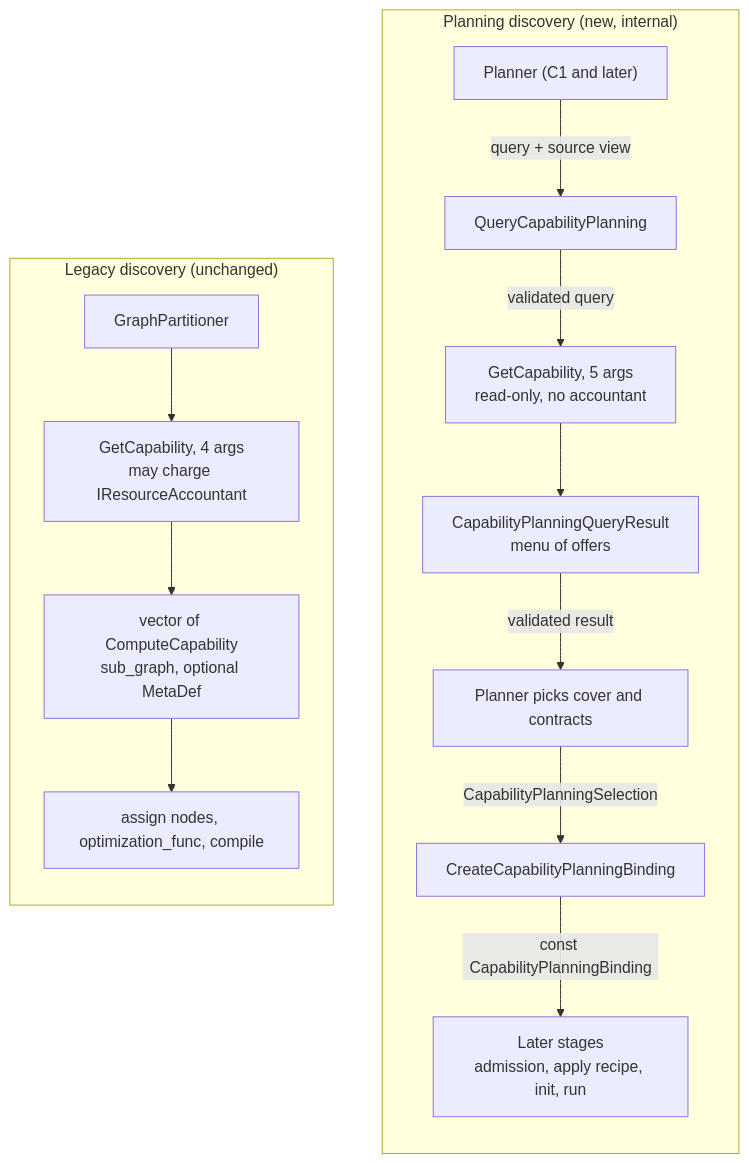
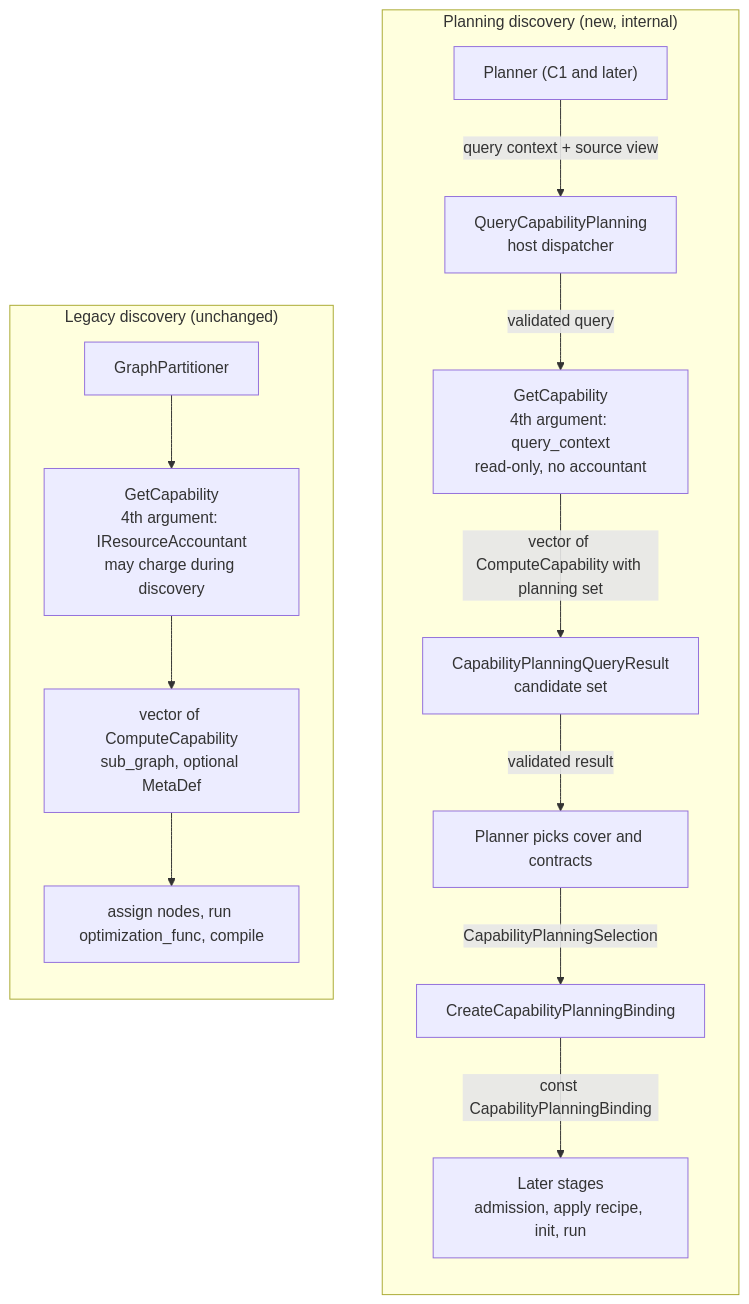
Before and after one commit to microsoft/onnxruntime: the first of 7 diagrams in docs/annotated_partitioning/capability_planning_interfaces.md, drawn with Mermaid. The commit also changed other lines of this file, not shown here.

First line of the commit message:
Rework capability planning interfaces around the existing shapes

````diff
--- a/docs/annotated_partitioning/capability_planning_interfaces.md
+++ b/docs/annotated_partitioning/capability_planning_interfaces.md
@@ -90,19 +115,21 @@
 ```mermaid
 flowchart LR
   subgraph LEG["Legacy discovery (unchanged)"]
     direction TB
-    L1["GraphPartitioner"] --> L2["GetCapability, 4 args<br/>may charge IResourceAccountant"]
+    L1["GraphPartitioner"]
+    L2["GetCapability<br/>4th argument: IResourceAccountant<br/>may charge during discovery"]
+    L1 --> L2
     L2 --> L3["vector of ComputeCapability<br/>sub_graph, optional MetaDef"]
-    L3 --> L4["assign nodes, optimization_func, compile"]
+    L3 --> L4["assign nodes, run optimization_func, compile"]
   end
   subgraph PLN["Planning discovery (new, internal)"]
     direction TB
-    P1["Planner (C1 and later)"] -->|"query + source view"| P2["QueryCapabilityPlanning"]
-    P2 -->|"validated query"| P3["GetCapability, 5 args<br/>read-only, no accountant"]
-    P3 --> P4["CapabilityPlanningQueryResult<br/>menu of offers"]
+    P1["Planner (C1 and later)"] -->|"query context + source view"| P2["QueryCapabilityPlanning<br/>host dispatcher"]
+    P2 -->|"validated query"| P3["GetCapability<br/>4th argument: query_context<br/>read-only, no accountant"]
+    P3 -->|"vector of ComputeCapability with planning set"| P4["CapabilityPlanningQueryResult<br/>candidate set"]
     P4 -->|"validated result"| P5["Planner picks cover and contracts"]
     P5 -->|"CapabilityPlanningSelection"| P6["CreateCapabilityPlanningBinding"]
     P6 -->|"const CapabilityPlanningBinding"| P7["Later stages<br/>admission, apply recipe, init, run"]
   end
   LEG ~~~ PLN
 ```
````
